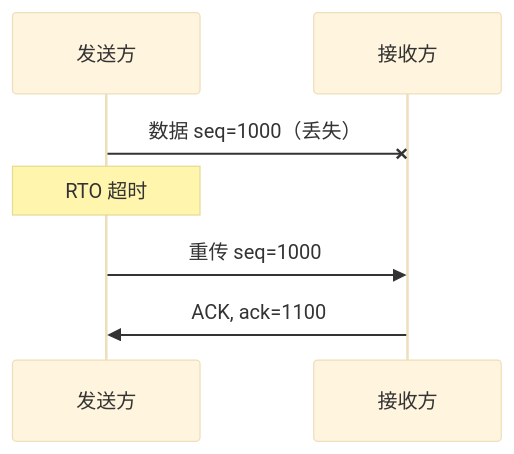
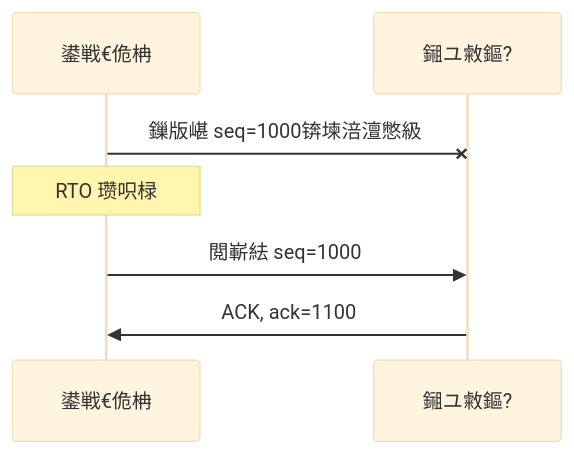
One commit to 495229520/obsidian_notes changed the third of 3 diagrams in 3.Linux/7. 网络编程/02. TCP 协议/2.1 TCP协议基础.md. Above: the diagram before and after it, drawn with Mermaid (base theme). The commit also changed other lines of this file and 64 other files, not shown here.

````diff
--- a/3.Linux/7. 网络编程/02. TCP 协议/2.1 TCP协议基础.md
+++ b/3.Linux/7. 网络编程/02. TCP 协议/2.1 TCP协议基础.md
@@ -267,9 +195,9 @@
 ```mermaid
 sequenceDiagram
-    participant S as 发送方
-    participant R as 接收方
-    S-XR: 数据 seq=1000（丢失）
-    Note over S: RTO 超时
-    S->>R: 重传 seq=1000
+    participant S as 鍙戦€佹柟
+    participant R as 鎺ユ敹鏂?
+    S-XR: 鏁版嵁 seq=1000锛堜涪澶憋級
+    Note over S: RTO 瓒呮椂
+    S->>R: 閲嶄紶 seq=1000
     R->>S: ACK, ack=1100
 ```
````
